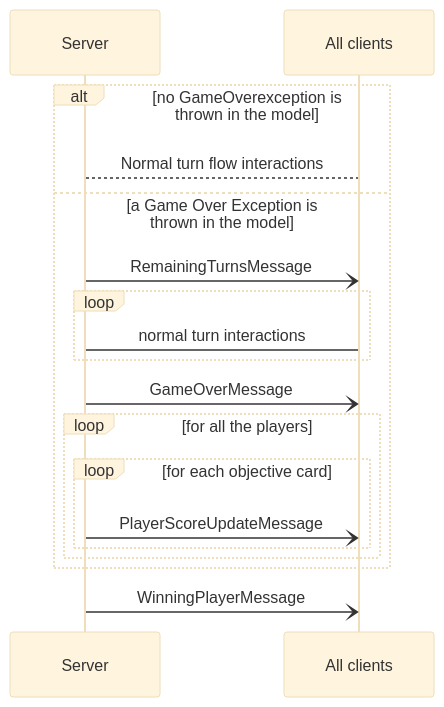
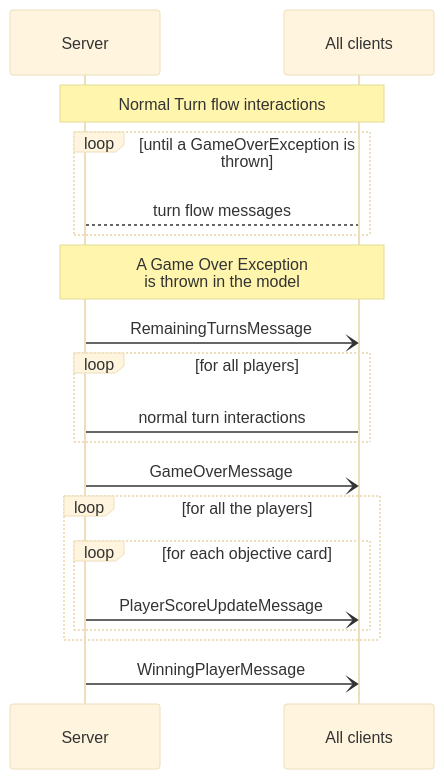
The third of 3 diagrams in documentation_wip/network_protocol.md (frephs/IS24-AM21), drawn with Mermaid (base theme) before and after one commit. The commit also changed other lines of this file, not shown here.

Commit message:
docs(network protocol): add Game Over Flow

````diff
--- a/documentation_wip/network_protocol.md
+++ b/documentation_wip/network_protocol.md
@@ -86,20 +86,23 @@
 ```mermaid
 sequenceDiagram
-    alt no GameOverexception is thrown in the model 
-    Server --> All clients: Normal turn flow interactions 
-    else a Game Over Exception is thrown in the model
+    Note over Server, All clients : Normal Turn flow interactions
+    loop until a GameOverException is thrown
+    Server --> All clients: turn flow messages 
+    end 
+    Note over Server, All clients: A Game Over Exception <br> is thrown in the model
     Server -) All clients : RemainingTurnsMessage 
-    loop
+    loop for all players 
         Server -> All clients: normal turn interactions 
     end 
     Server -) All clients : GameOverMessage
     
     loop for all the players 
         loop for each objective card 
             Server -) All clients : PlayerScoreUpdateMessage
         end 
     end
-    end 
+
     Server -) All clients : WinningPlayerMessage  
 
+
 ```
````
